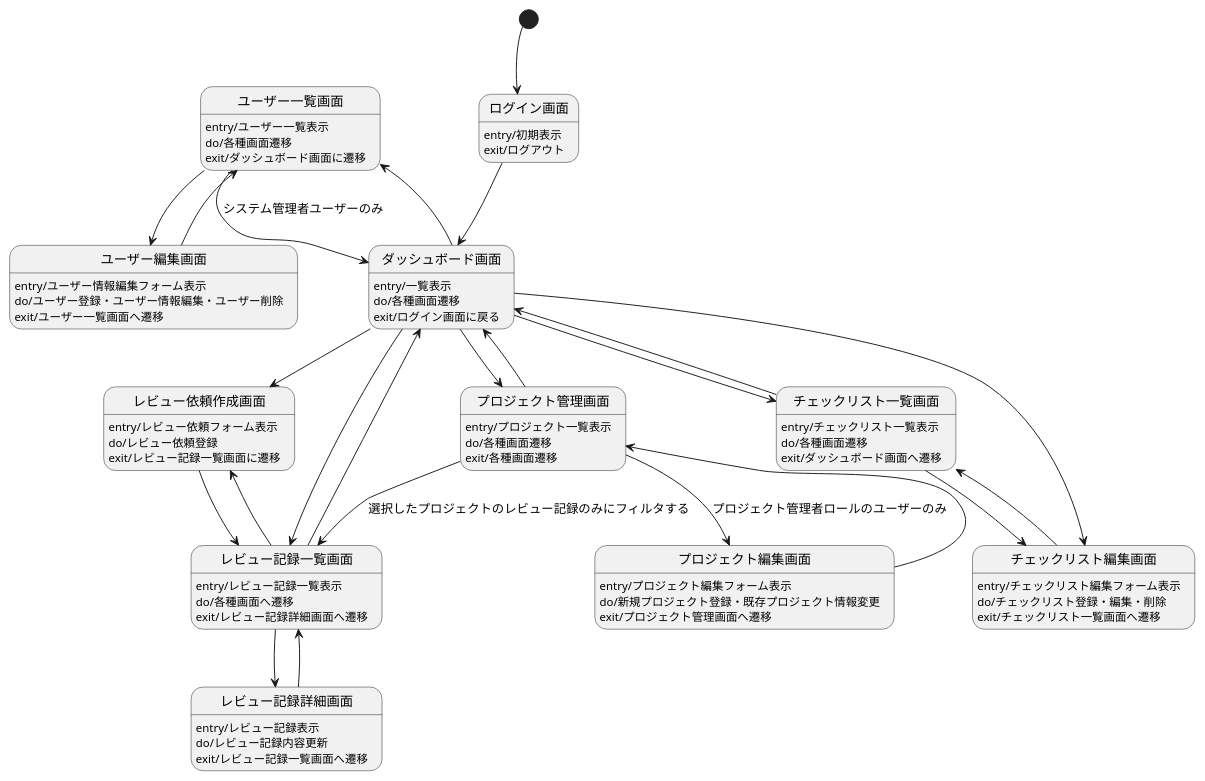
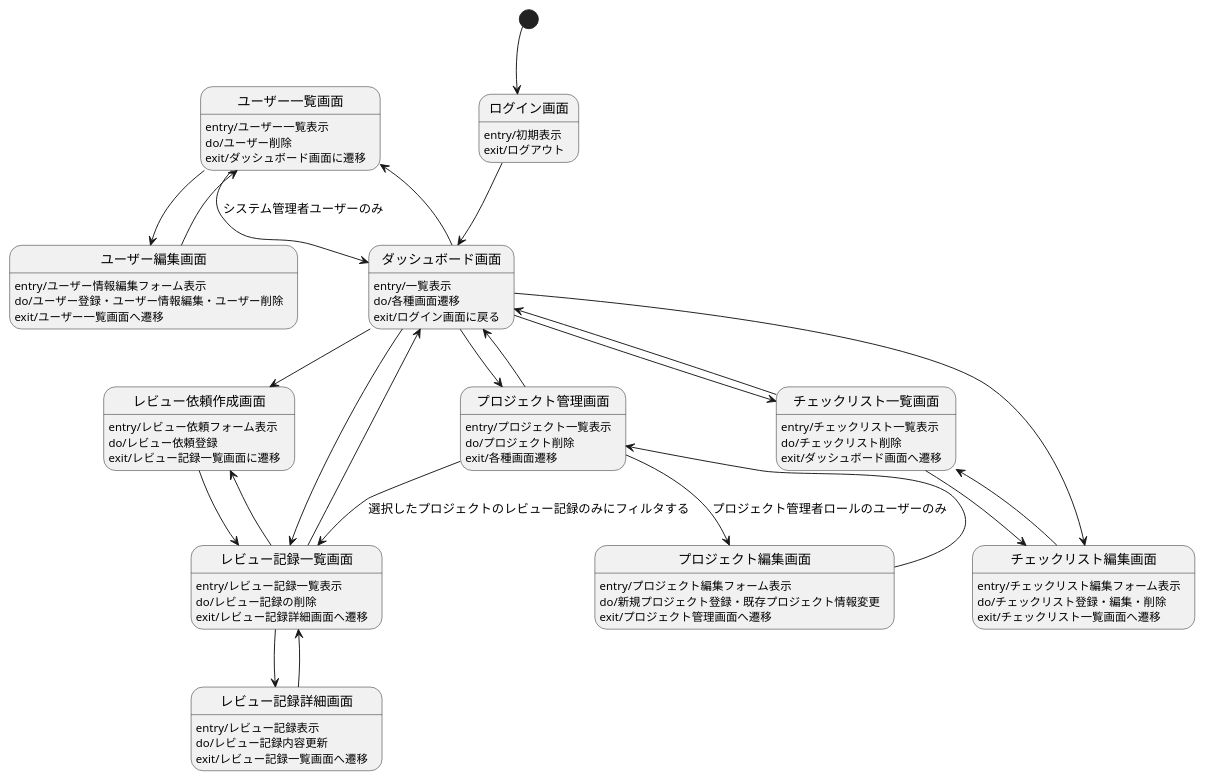
Before and after one commit to pororein/react_graphql_sample: the diagram in uml/statemachine/画面遷移図.pu, drawn with PlantUML.

Commit message:
一覧画面に削除機能を追加

```diff
--- a/uml/statemachine/画面遷移図.pu
+++ b/uml/statemachine/画面遷移図.pu
@@ -1,93 +1,93 @@
 @startuml
 
 [*] --> ログイン画面
 ログイン画面: entry/初期表示
 ログイン画面: exit/ログアウト
 
 ログイン画面 --> ダッシュボード画面
 
 ダッシュボード画面: entry/一覧表示
 ダッシュボード画面: do/各種画面遷移
 ダッシュボード画面: exit/ログイン画面に戻る
 
 ダッシュボード画面 --> レビュー依頼作成画面
 
 レビュー依頼作成画面: entry/レビュー依頼フォーム表示
 レビュー依頼作成画面: do/レビュー依頼登録
 レビュー依頼作成画面: exit/レビュー記録一覧画面に遷移
 
 ダッシュボード画面 --> レビュー記録一覧画面
 レビュー記録一覧画面 --> ダッシュボード画面
 
 レビュー記録一覧画面: entry/レビュー記録一覧表示
-レビュー記録一覧画面: do/各種画面へ遷移
+レビュー記録一覧画面: do/レビュー記録の削除
 レビュー記録一覧画面: exit/レビュー記録詳細画面へ遷移
 
 レビュー記録一覧画面 --> レビュー記録詳細画面
 レビュー記録詳細画面 --> レビュー記録一覧画面
 レビュー依頼作成画面 --> レビュー記録一覧画面
 レビュー記録一覧画面 --> レビュー依頼作成画面
 
 レビュー記録詳細画面: entry/レビュー記録表示
 レビュー記録詳細画面: do/レビュー記録内容更新
 レビュー記録詳細画面: exit/レビュー記録一覧画面へ遷移
 
 ダッシュボード画面 --> プロジェクト管理画面
 
 プロジェクト管理画面: entry/プロジェクト一覧表示
-プロジェクト管理画面: do/各種画面遷移
+プロジェクト管理画面: do/プロジェクト削除
 プロジェクト管理画面: exit/各種画面遷移
 
 プロジェクト管理画面 --> レビュー記録一覧画面: 選択したプロジェクトのレビュー記録のみにフィルタする
 プロジェクト管理画面 --> ダッシュボード画面
 プロジェクト管理画面 --> プロジェクト編集画面: プロジェクト管理者ロールのユーザーのみ
 
 プロジェクト編集画面: entry/プロジェクト編集フォーム表示
 プロジェクト編集画面: do/新規プロジェクト登録・既存プロジェクト情報変更
 プロジェクト編集画面: exit/プロジェクト管理画面へ遷移
 
 プロジェクト編集画面 --> プロジェクト管理画面
 
 ダッシュボード画面 --> ユーザー一覧画面
 
 ユーザー一覧画面: entry/ユーザー一覧表示
-ユーザー一覧画面: do/各種画面遷移
+ユーザー一覧画面: do/ユーザー削除
 ユーザー一覧画面: exit/ダッシュボード画面に遷移
 
 ユーザー一覧画面 --> ダッシュボード画面: システム管理者ユーザーのみ
 ユーザー一覧画面 --> ユーザー編集画面
 
 ユーザー編集画面: entry/ユーザー情報編集フォーム表示
 ユーザー編集画面: do/ユーザー登録・ユーザー情報編集・ユーザー削除
 ユーザー編集画面: exit/ユーザー一覧画面へ遷移
 
 ユーザー編集画面 --> ユーザー一覧画面
 
 ダッシュボード画面 --> チェックリスト一覧画面
 
 チェックリスト一覧画面: entry/チェックリスト一覧表示
-チェックリスト一覧画面: do/各種画面遷移
+チェックリスト一覧画面: do/チェックリスト削除
 チェックリスト一覧画面: exit/ダッシュボード画面へ遷移
 
 チェックリスト一覧画面 --> ダッシュボード画面
 チェックリスト一覧画面 --> チェックリスト編集画面
 
 チェックリスト編集画面: entry/チェックリスト編集フォーム表示
 チェックリスト編集画面: do/チェックリスト登録・編集・削除
 チェックリスト編集画面: exit/チェックリスト一覧画面へ遷移
 
 チェックリスト編集画面 --> チェックリスト一覧画面
 ダッシュボード画面 --> チェックリスト編集画面
 
 
 ' ##レイアウト##
 [*] -[hidden]down-> ログイン画面
 ログイン画面 -[hidden]down-> ダッシュボード画面
 ダッシュボード画面 -[hidden]down-> レビュー記録一覧画面
 ダッシュボード画面 -[hidden]down-> レビュー依頼作成画面
 ダッシュボード画面 -[hidden]left-> レビュー依頼作成画面
 ダッシュボード画面 -[hidden]up-> ユーザー一覧画面
 ダッシュボード画面 -[hidden]right-> ユーザー一覧画面
 ダッシュボード画面 -[hidden]right-> チェックリスト編集画面
 
 @enduml
```
